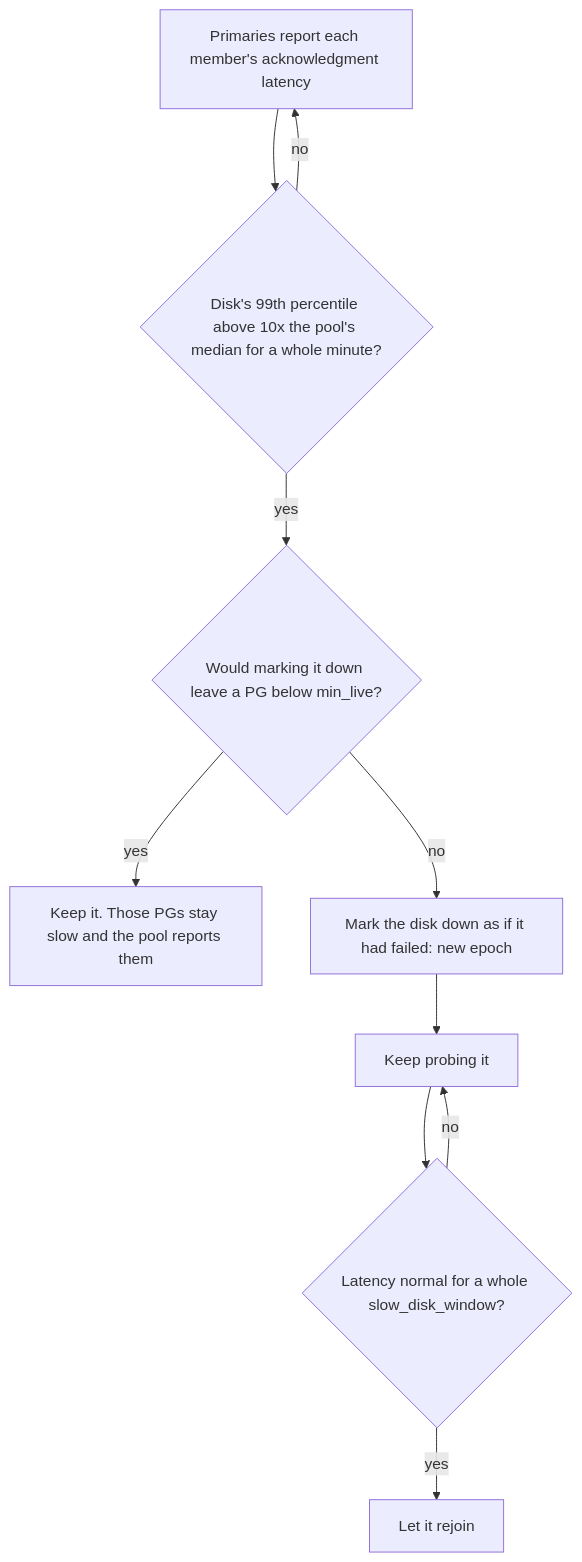
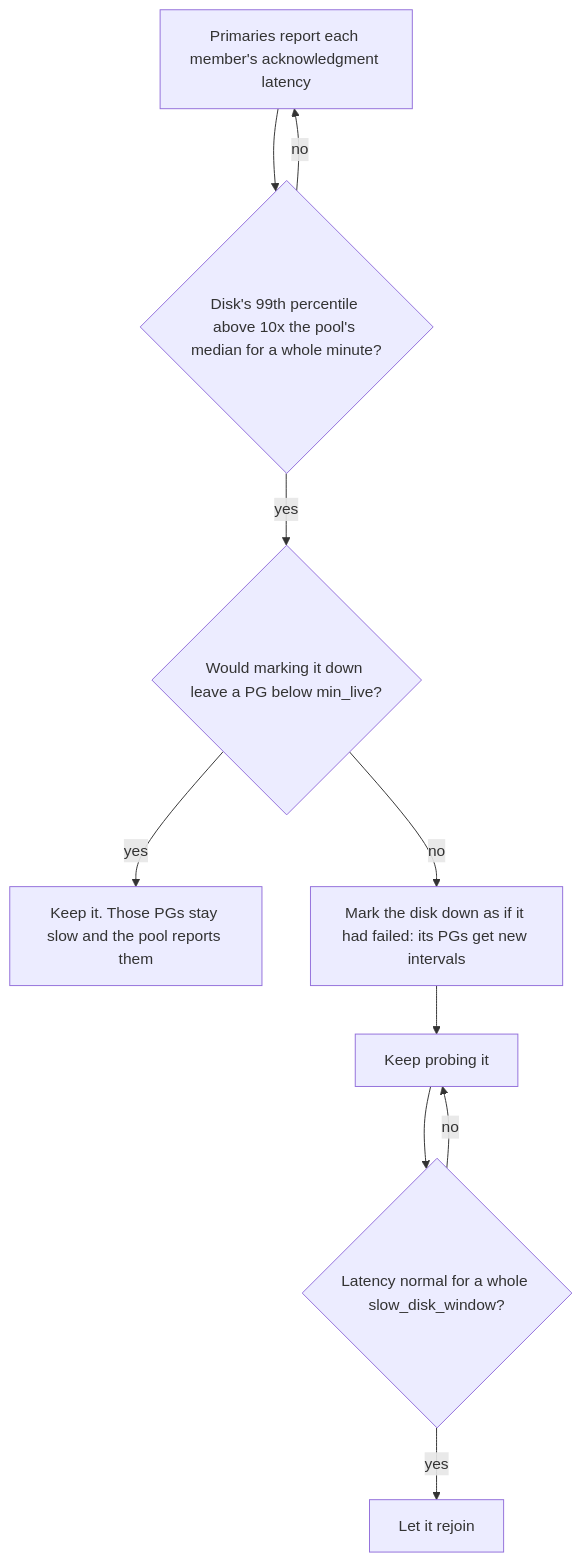
Before and after one commit to nvcnvn/rock-solid: the seventh of 9 diagrams in blogs/03-epochs-leases-and-failures.md, drawn with Mermaid. The commit also changed other lines of this file and 11 other files, not shown here.

````diff
--- a/blogs/03-epochs-leases-and-failures.md
+++ b/blogs/03-epochs-leases-and-failures.md
@@ -603,12 +683,12 @@
 ```mermaid
 flowchart TD
     R["Primaries report each member's acknowledgment latency"] --> S{"Disk's 99th percentile above 10x the pool's median for a whole minute?"}
     S -- no --> R
     S -- yes --> M{"Would marking it down leave a PG below min_live?"}
     M -- yes --> K["Keep it. Those PGs stay slow and the pool reports them"]
-    M -- no --> D["Mark the disk down as if it had failed: new epoch"]
+    M -- no --> D["Mark the disk down as if it had failed: its PGs get new intervals"]
     D --> P["Keep probing it"]
     P --> N{"Latency normal for a whole slow_disk_window?"}
     N -- no --> P
     N -- yes --> J["Let it rejoin"]
 ```
````
